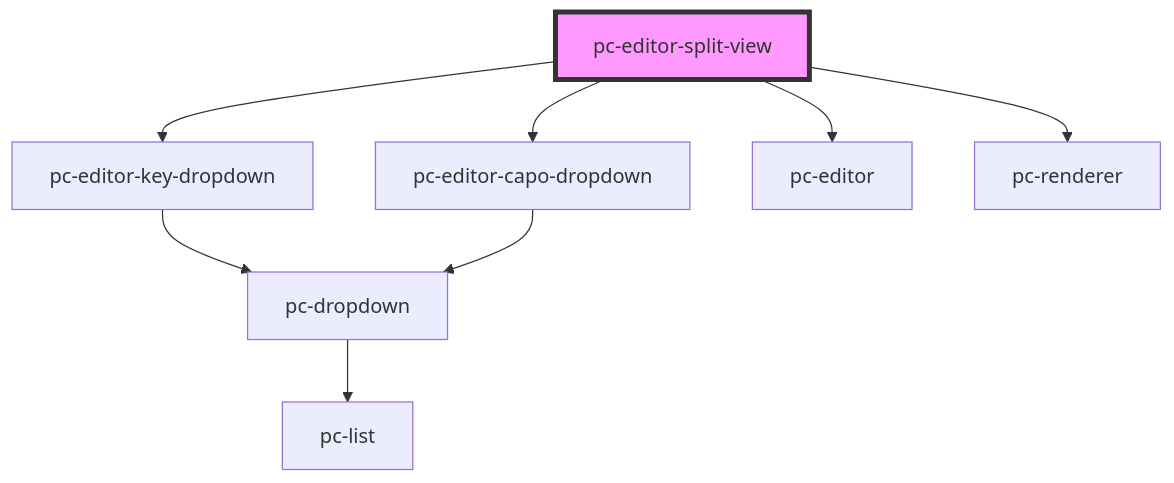
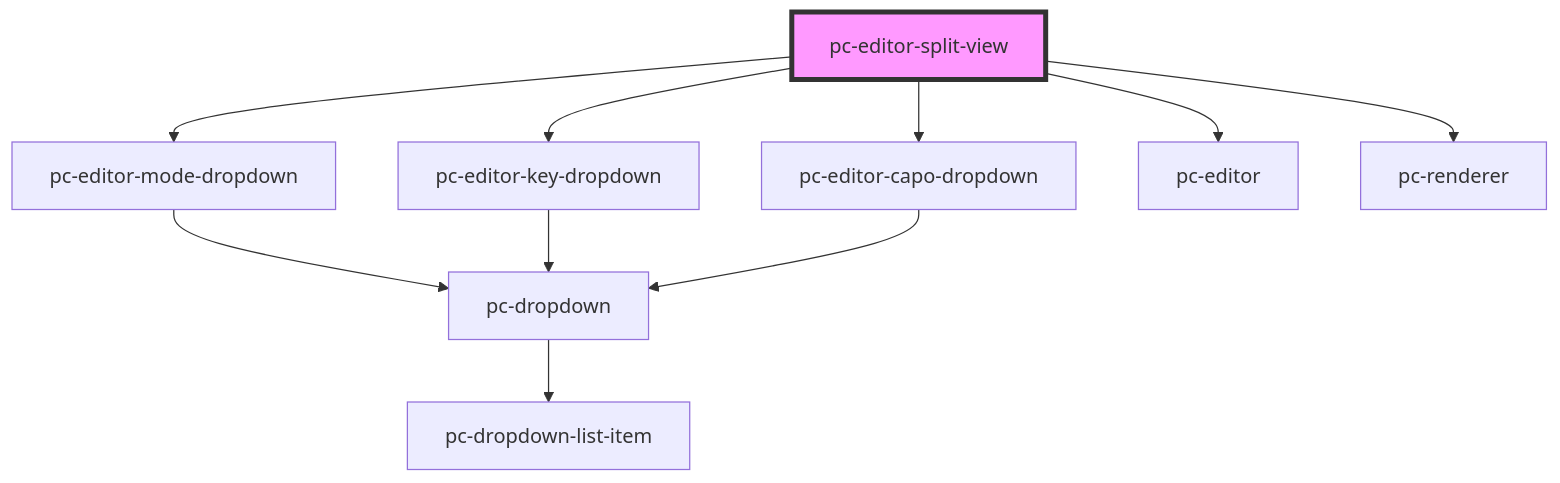
One commit to bettermusic/studio changed the diagram in packages/studio-components/src/components/editor-split-view/readme.md. Above: the diagram before and after it, drawn with Mermaid. The commit also changed other lines of this file and 8 other files, not shown here.

````diff
--- a/packages/studio-components/src/components/editor-split-view/readme.md
+++ b/packages/studio-components/src/components/editor-split-view/readme.md
@@ -18,11 +19,13 @@
 ```mermaid
 graph TD;
+  pc-editor-split-view --> pc-editor-mode-dropdown
   pc-editor-split-view --> pc-editor-key-dropdown
   pc-editor-split-view --> pc-editor-capo-dropdown
   pc-editor-split-view --> pc-editor
   pc-editor-split-view --> pc-renderer
+  pc-editor-mode-dropdown --> pc-dropdown
+  pc-dropdown --> pc-dropdown-list-item
   pc-editor-key-dropdown --> pc-dropdown
-  pc-dropdown --> pc-list
   pc-editor-capo-dropdown --> pc-dropdown
   style pc-editor-split-view fill:#f9f,stroke:#333,stroke-width:4px
 ```
````
